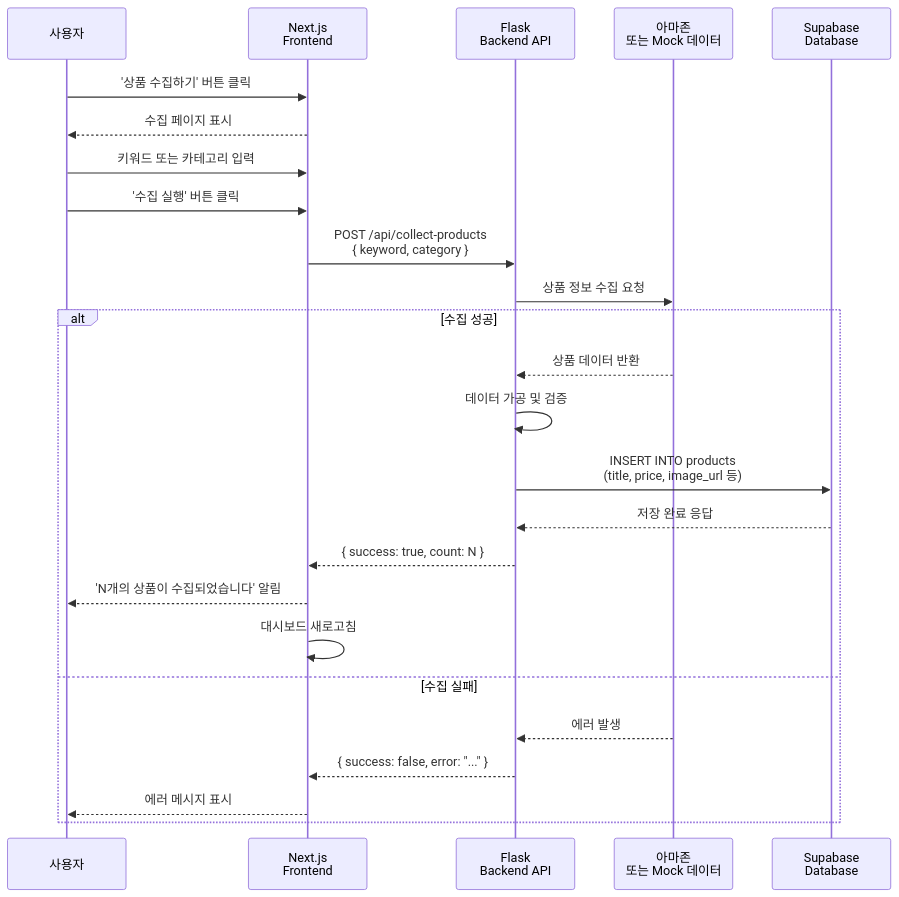
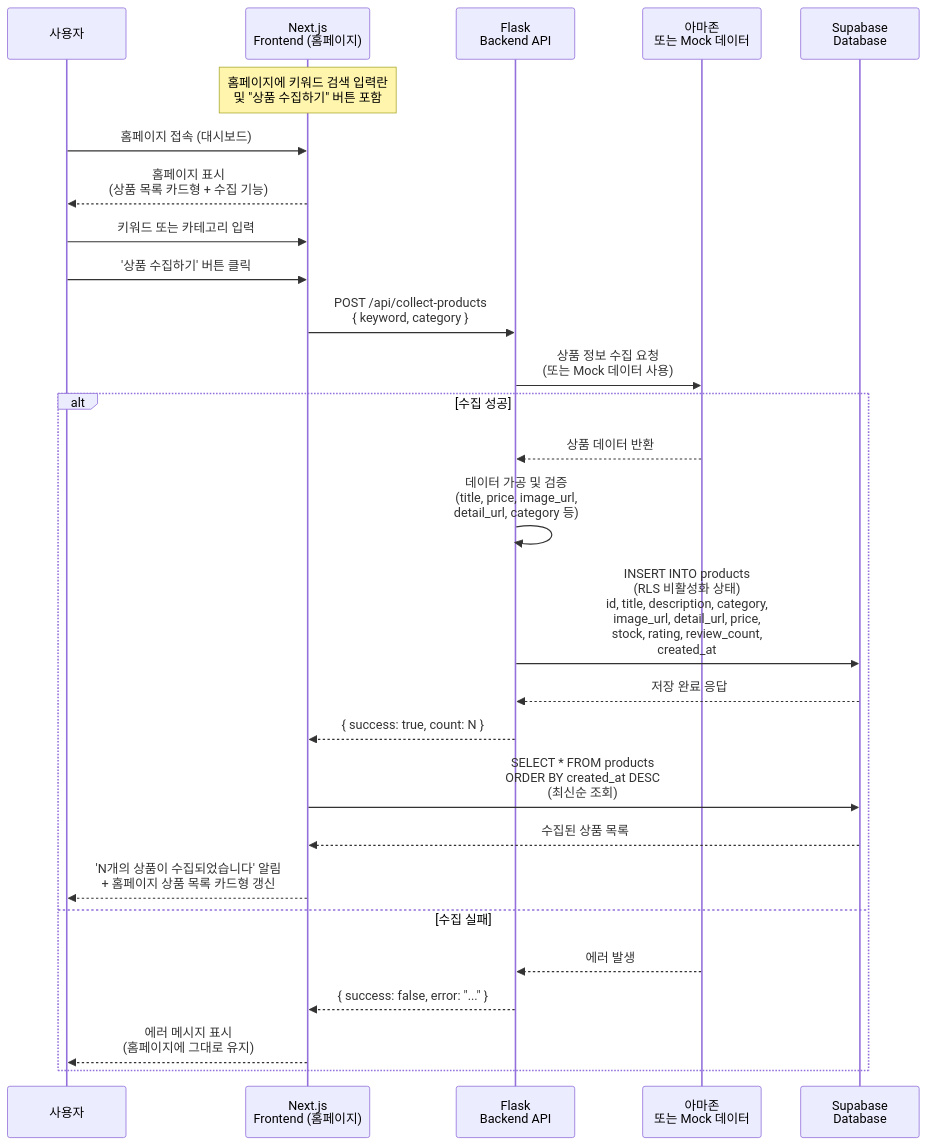
The third of 5 diagrams in docs/reference/user-flow.md (jyej0a/amann), drawn with Mermaid before and after one commit. The commit also changed other lines of this file and 13 other files, not shown here.

````diff
--- a/docs/reference/user-flow.md
+++ b/docs/reference/user-flow.md
@@ -123,30 +120,34 @@
 ```mermaid
 sequenceDiagram
     participant User as 사용자
-    participant NextJS as Next.js<br/>Frontend
+    participant NextJS as Next.js<br/>Frontend (홈페이지)
     participant Flask as Flask<br/>Backend API
     participant Amazon as 아마존<br/>또는 Mock 데이터
     participant Supabase as Supabase<br/>Database
     
+    Note over NextJS: 홈페이지에 키워드 검색 입력란<br/>및 "상품 수집하기" 버튼 포함
+    
+    User->>NextJS: 홈페이지 접속 (대시보드)
+    NextJS-->>User: 홈페이지 표시<br/>(상품 목록 카드형 + 수집 기능)
+    
+    User->>NextJS: 키워드 또는 카테고리 입력
     User->>NextJS: '상품 수집하기' 버튼 클릭
-    NextJS-->>User: 수집 페이지 표시
-    User->>NextJS: 키워드 또는 카테고리 입력
-    User->>NextJS: '수집 실행' 버튼 클릭
     
     NextJS->>Flask: POST /api/collect-products<br/>{ keyword, category }
-    Flask->>Amazon: 상품 정보 수집 요청
+    Flask->>Amazon: 상품 정보 수집 요청<br/>(또는 Mock 데이터 사용)
     
     alt 수집 성공
         Amazon-->>Flask: 상품 데이터 반환
-        Flask->>Flask: 데이터 가공 및 검증
-        Flask->>Supabase: INSERT INTO products<br/>(title, price, image_url 등)
+        Flask->>Flask: 데이터 가공 및 검증<br/>(title, price, image_url,<br/>detail_url, category 등)
+        Flask->>Supabase: INSERT INTO products<br/>(RLS 비활성화 상태)<br/>id, title, description, category,<br/>image_url, detail_url, price,<br/>stock, rating, review_count,<br/>created_at
         Supabase-->>Flask: 저장 완료 응답
         Flask-->>NextJS: { success: true, count: N }
-        NextJS-->>User: 'N개의 상품이 수집되었습니다' 알림
-        NextJS->>NextJS: 대시보드 새로고침
+        NextJS->>Supabase: SELECT * FROM products<br/>ORDER BY created_at DESC<br/>(최신순 조회)
+        Supabase-->>NextJS: 수집된 상품 목록
+        NextJS-->>User: 'N개의 상품이 수집되었습니다' 알림<br/>+ 홈페이지 상품 목록 카드형 갱신
     else 수집 실패
         Amazon-->>Flask: 에러 발생
         Flask-->>NextJS: { success: false, error: "..." }
-        NextJS-->>User: 에러 메시지 표시
+        NextJS-->>User: 에러 메시지 표시<br/>(홈페이지에 그대로 유지)
     end
 ```
````
